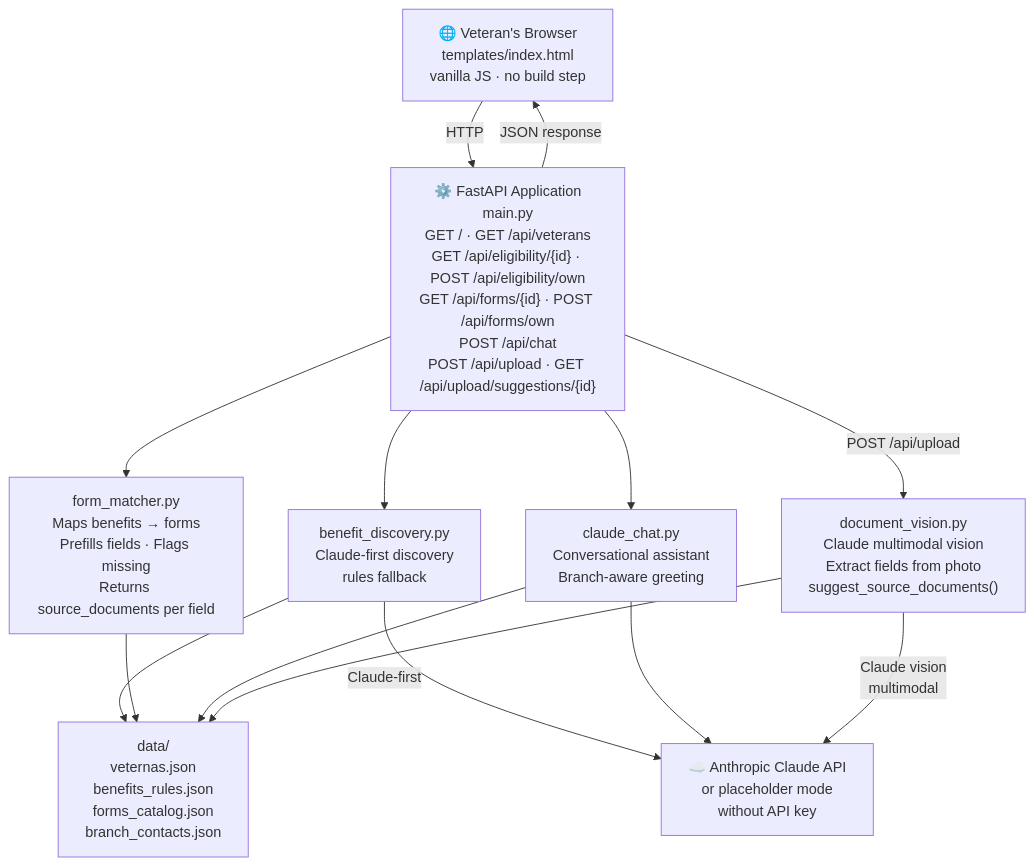
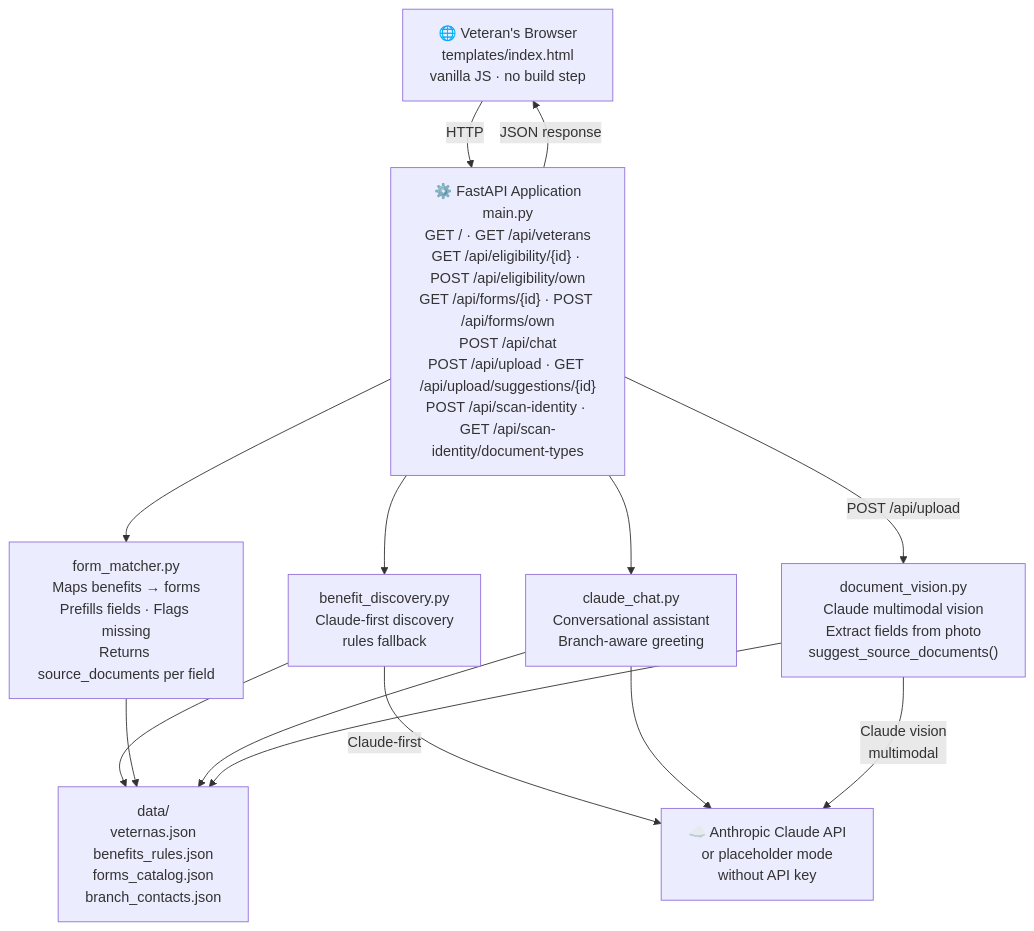
One commit to akaseahawk/VetAssist changed the fourth of 8 diagrams in README.md. Above: the diagram before and after it, drawn with Mermaid. The commit also changed other lines of this file and 7 other files, not shown here.

````diff
--- a/README.md
+++ b/README.md
@@ -216,29 +216,29 @@
 ```mermaid
 flowchart TD
     Browser["🌐 Veteran's Browser\ntemplates/index.html\nvanilla JS · no build step"]
 
-    API["⚙️ FastAPI Application\nmain.py\nGET / · GET /api/veterans\nGET /api/eligibility/{id} · POST /api/eligibility/own\nGET /api/forms/{id} · POST /api/forms/own\nPOST /api/chat\nPOST /api/upload · GET /api/upload/suggestions/{id}"]
+    API["⚙️ FastAPI Application\nmain.py\nGET / · GET /api/veterans\nGET /api/eligibility/{id} · POST /api/eligibility/own\nGET /api/forms/{id} · POST /api/forms/own\nPOST /api/chat\nPOST /api/upload · GET /api/upload/suggestions/{id}\nPOST /api/scan-identity · GET /api/scan-identity/document-types"]
 
     BD["benefit_discovery.py\nClaude-first discovery\nrules fallback"]
     FM["form_matcher.py\nMaps benefits → forms\nPrefills fields · Flags missing\nReturns source_documents per field"]
     CC["claude_chat.py\nConversational assistant\nBranch-aware greeting"]
     DV["document_vision.py\nClaude multimodal vision\nExtract fields from photo\nsuggest_source_documents()"]
 
     DATA["data/\nveternas.json\nbenefits_rules.json\nforms_catalog.json\nbranch_contacts.json"]
 
     CLAUDE["☁️ Anthropic Claude API\nor placeholder mode\nwithout API key"]
 
     Browser -->|HTTP| API
     API --> BD
     API --> FM
     API --> CC
     API -->|"POST /api/upload"| DV
     BD --> DATA
     FM --> DATA
     CC --> DATA
     DV --> DATA
     BD -->|Claude-first| CLAUDE
     CC --> CLAUDE
     DV -->|"Claude vision\nmultimodal"| CLAUDE
     API -->|JSON response| Browser
 ```
````
